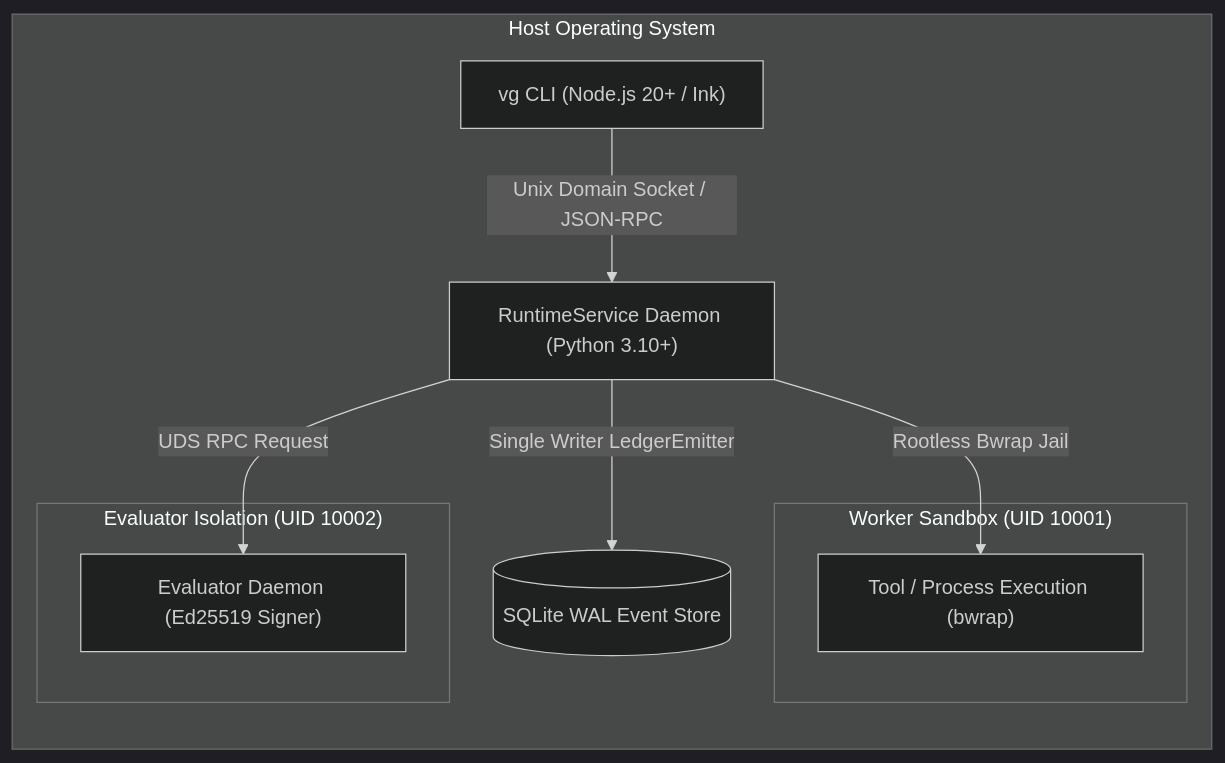
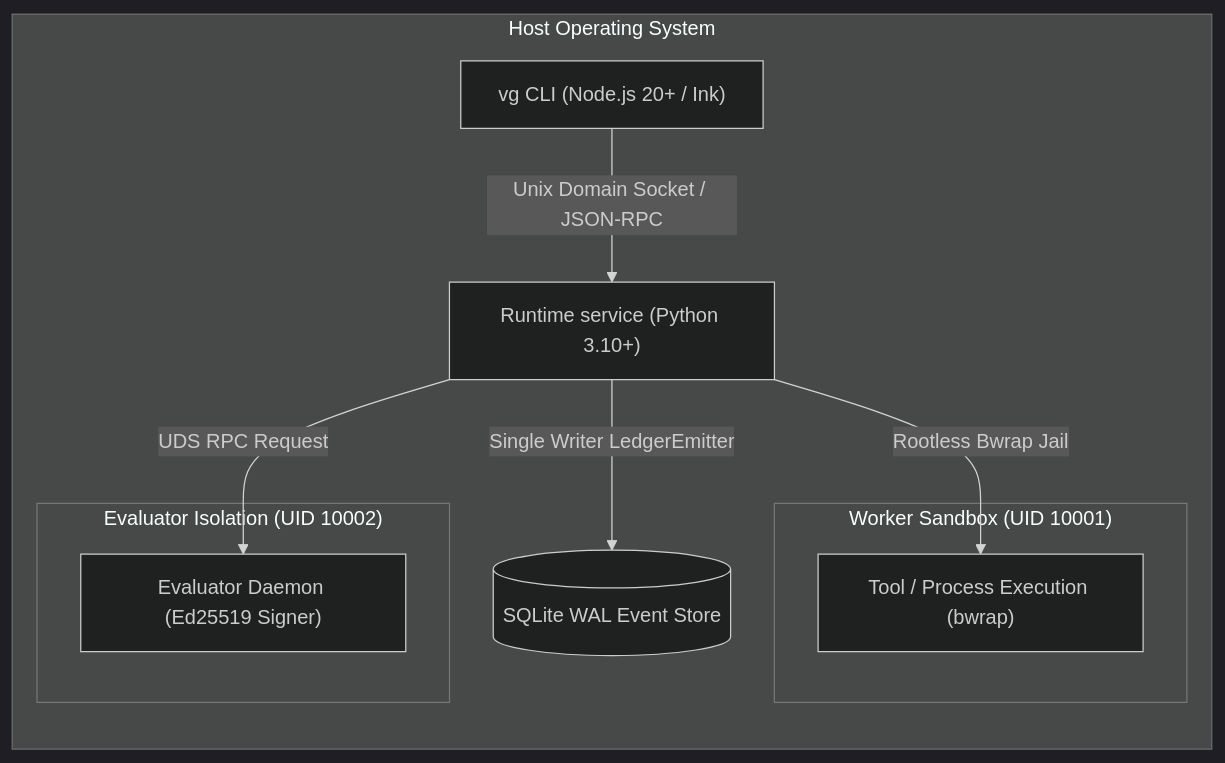
Before and after one commit to brainopensource/cognitive-framework: the diagram in docs/architecture/c4_container.md, drawn with Mermaid (dark theme). The commit also changed other lines of this file and 27 other files, not shown here.

````diff
--- a/docs/architecture/c4_container.md
+++ b/docs/architecture/c4_container.md
@@ -29,21 +29,21 @@
 ```mermaid
 flowchart LR
     subgraph Host["Host Operating System"]
         CLI["vg CLI (Node.js 20+ / Ink)"]
-        Daemon["RuntimeService Daemon (Python 3.10+)"]
+        Daemon["Runtime service (Python 3.10+)"]
         Store[("SQLite WAL Event Store")]
         
         subgraph WorkerNS["Worker Sandbox (UID 10001)"]
             WorkerProc["Tool / Process Execution (bwrap)"]
         end
         
         subgraph EvaluatorNS["Evaluator Isolation (UID 10002)"]
             EvalDaemon["Evaluator Daemon (Ed25519 Signer)"]
         end
     end
 
     CLI -->|Unix Domain Socket / JSON-RPC| Daemon
     Daemon -->|Single Writer LedgerEmitter| Store
     Daemon -->|Rootless Bwrap Jail| WorkerProc
     Daemon -->|UDS RPC Request| EvalDaemon
 ```
````
